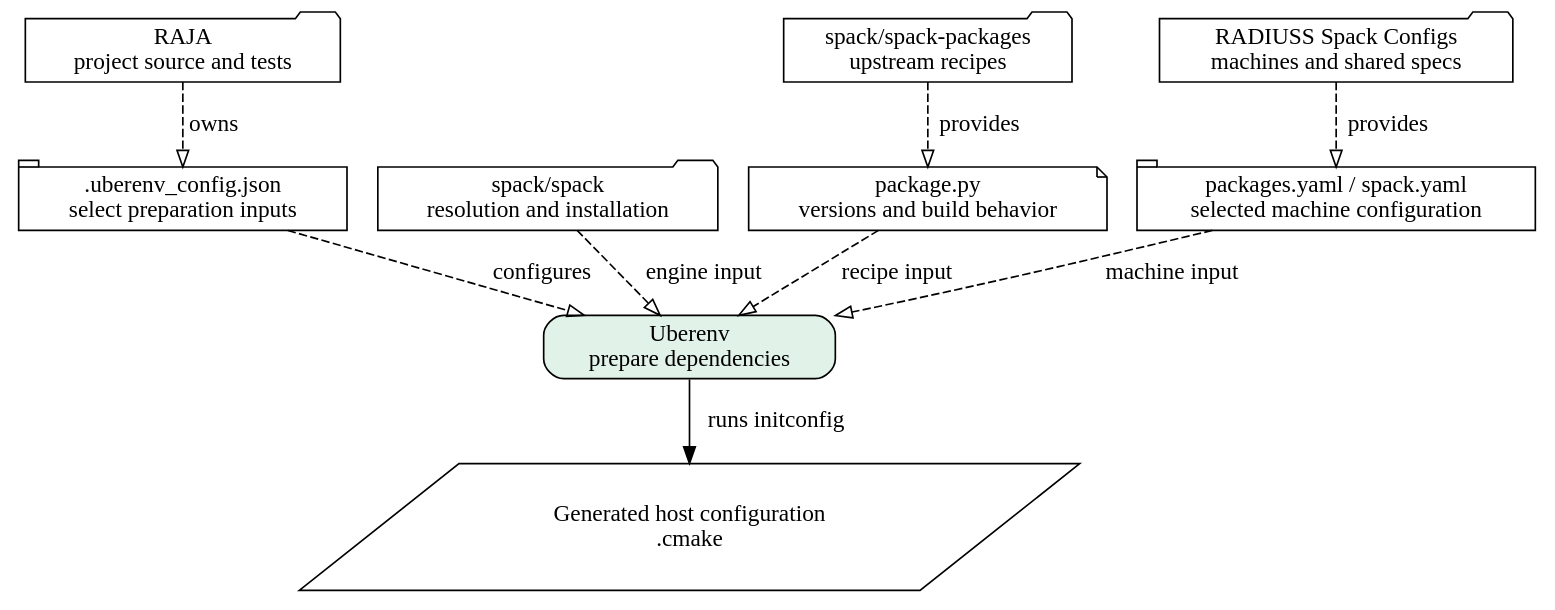
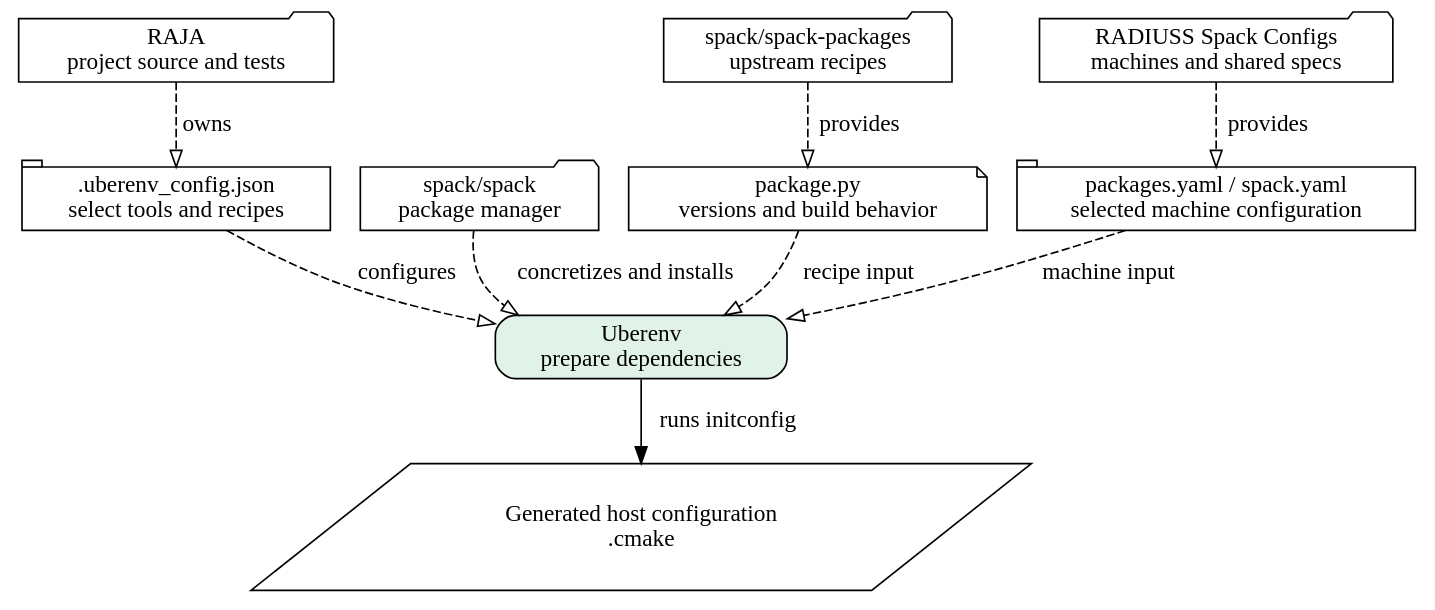
Before and after one commit to llnl/radiuss-spack-configs: the diagram in docs/sphinx/figures/components.dot, drawn with Graphviz. The commit also changed 18 other files, not shown here.

```diff
--- a/docs/sphinx/figures/components.dot
+++ b/docs/sphinx/figures/components.dot
@@ -1,21 +1,21 @@
 // SPDX-License-Identifier: MIT
 digraph components {
   rankdir=TB;
   project [label="RAJA\nproject source and tests", shape=folder, fillcolor="#e3edf7"];
-  settings [label=".uberenv_config.json\nselect preparation inputs", shape=tab, fillcolor="#eee8f5"];
-  engine [label="spack/spack\nresolution and installation", shape=folder, fillcolor="#e3edf7"];
+  settings [label=".uberenv_config.json\nselect tools and recipes", shape=tab, fillcolor="#eee8f5"];
+  spack [label="spack/spack\npackage manager", shape=folder, fillcolor="#e3edf7"];
   recipes [label="spack/spack-packages\nupstream recipes", shape=folder, fillcolor="#e3edf7"];
   recipe [label="package.py\nversions and build behavior", shape=note, fillcolor="#fff2cf"];
   configs [label="RADIUSS Spack Configs\nmachines and shared specs", shape=folder, fillcolor="#e3edf7"];
   machine [label="packages.yaml / spack.yaml\nselected machine configuration", shape=tab, fillcolor="#eee8f5"];
   uberenv [label="Uberenv\nprepare dependencies", shape=box, style="rounded,filled", fillcolor="#e1f2e8"];
   host [label="Generated host configuration\n.cmake", shape=parallelogram, fillcolor="#dcf2f4"];
   project -> settings [style=dashed, arrowhead=empty, label="owns"];
   settings -> uberenv [style=dashed, arrowhead=empty, label="configures"];
   recipes -> recipe [style=dashed, arrowhead=empty, label="provides"];
   configs -> machine [style=dashed, arrowhead=empty, label="provides"];
-  engine -> uberenv [style=dashed, arrowhead=empty, label="engine input"];
+  spack -> uberenv [style=dashed, arrowhead=empty, label="concretizes and installs"];
   recipe -> uberenv [style=dashed, arrowhead=empty, label="recipe input"];
   machine -> uberenv [style=dashed, arrowhead=empty, label="machine input"];
   uberenv -> host [label="runs initconfig"];
 }
```
